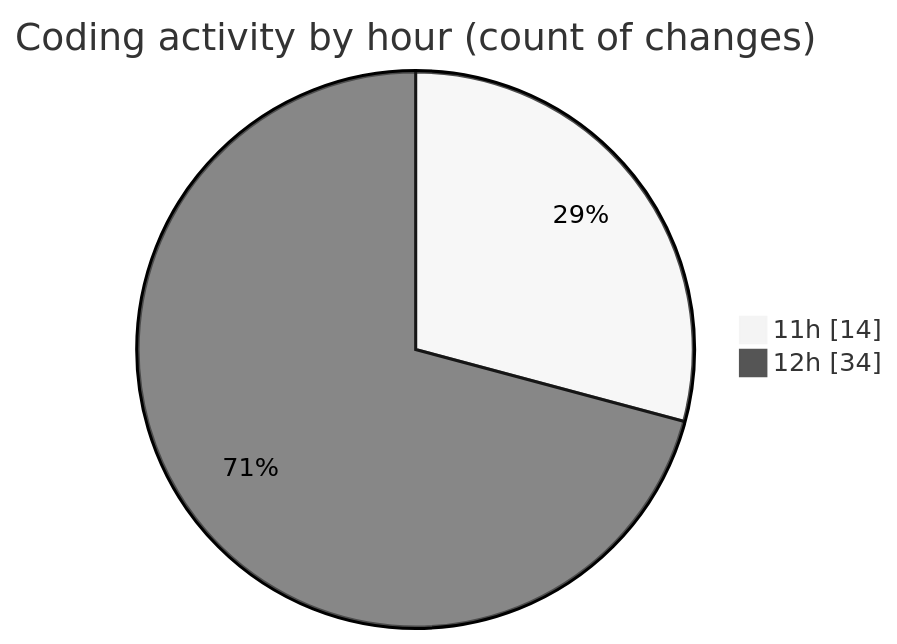
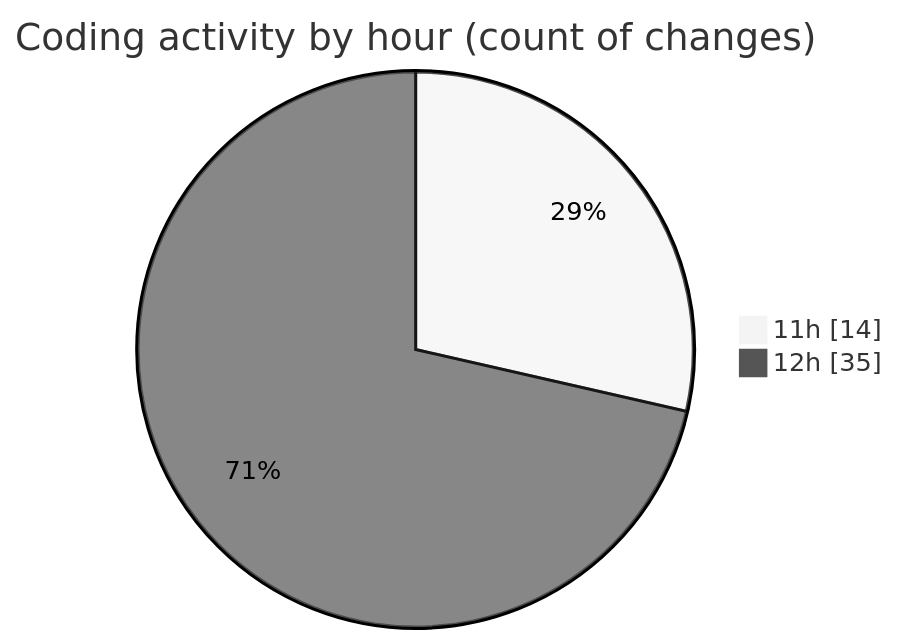
One commit to nxtqubesakshisongat/code-tracking changed the second of 2 diagrams in 2026-08-24/nxtqube_webapp/README.md. Above: the diagram before and after it, drawn with Mermaid (neutral theme). The commit also changed other lines of this file and 1 other file, not shown here.

````diff
--- a/2026-08-24/nxtqube_webapp/README.md
+++ b/2026-08-24/nxtqube_webapp/README.md
@@ -41,6 +41,6 @@
 ```mermaid
 pie showData
 title Coding activity by hour (count of changes)
 "11h" : 14
-"12h" : 34
+"12h" : 35
 ```
````
